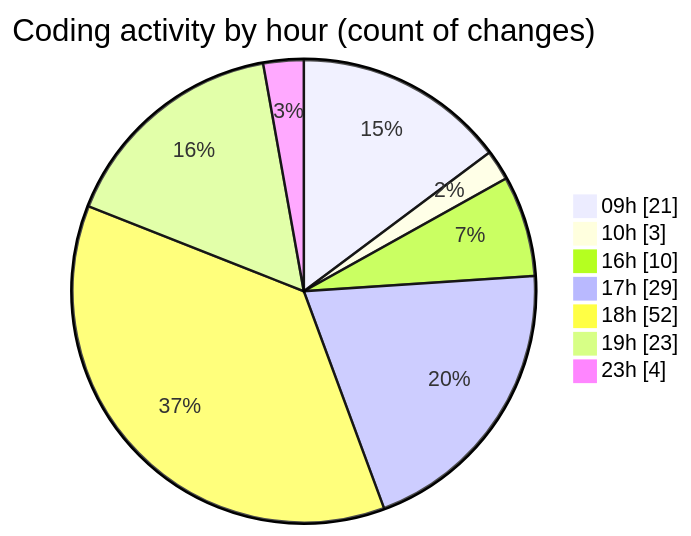
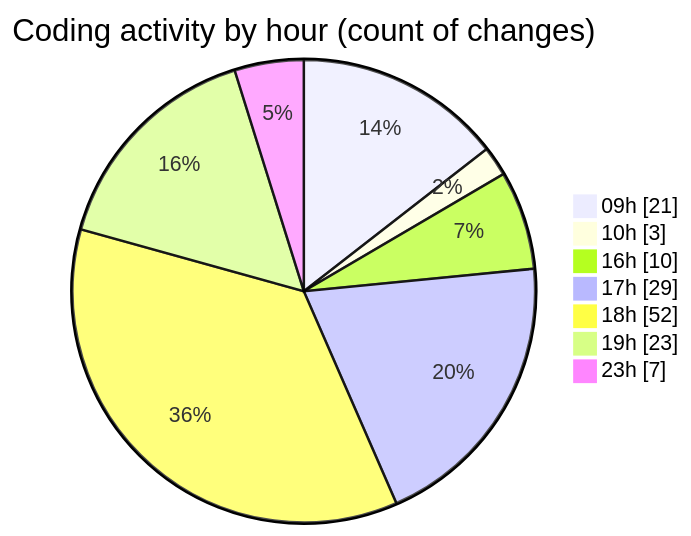
The second of 2 diagrams in 2025-12-17/cda/README.md (momahboobian/code-tracking), drawn with Mermaid before and after one commit. The commit also changed other lines of this file and 1 other file, not shown here.

````diff
--- a/2025-12-17/cda/README.md
+++ b/2025-12-17/cda/README.md
@@ -70,11 +71,11 @@
 ```mermaid
 pie showData
 title Coding activity by hour (count of changes)
 "09h" : 21
 "10h" : 3
 "16h" : 10
 "17h" : 29
 "18h" : 52
 "19h" : 23
-"23h" : 4
+"23h" : 7
 ```
````
